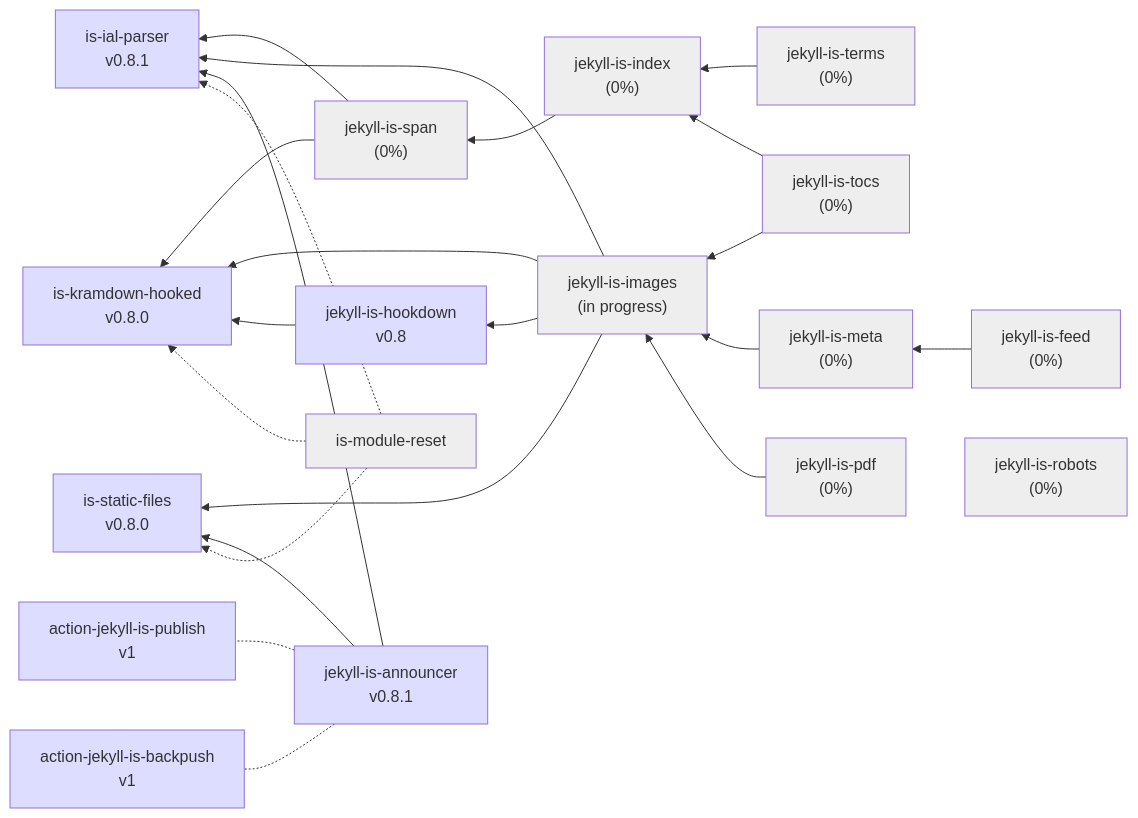
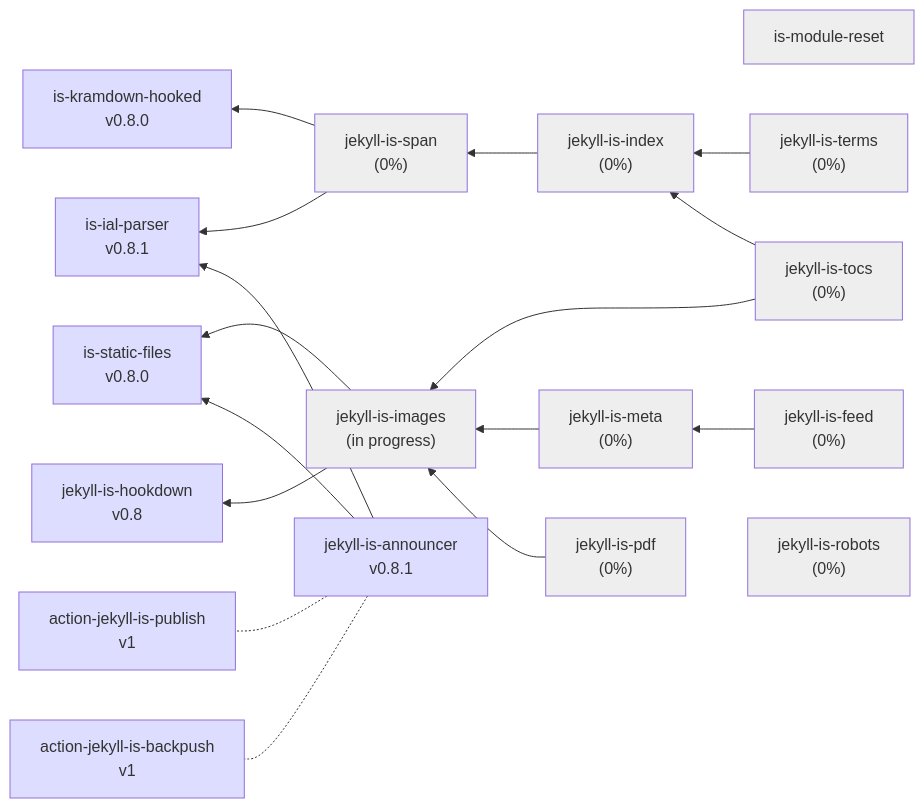
The diagram in profile/README.md (jekyll-is/.github), drawn with Mermaid before and after one commit.

````diff
--- a/profile/README.md
+++ b/profile/README.md
@@ -7,72 +7,67 @@
 ```mermaid
 graph RL
   kramdown["is-kramdown-hooked<br>v0.8.0"]
   hookdown["jekyll-is-hookdown<br>v0.8"]
   ial["is-ial-parser<br>v0.8.1"]
   statics["is-static-files<br>v0.8.0"]
   reset["is-module-reset"]
   span["jekyll-is-span<br>(0%)"] --> kramdown
   span --> ial
-  images["jekyll-is-images<br>(in progress)"] --> ial
-  images --> kramdown
+  images["jekyll-is-images<br>(in progress)"]
   images --> statics
   images --> hookdown
   index["jekyll-is-index<br>(0%)"] --> span
   abbr["jekyll-is-terms<br>(0%)"] --> index
   tocs["jekyll-is-tocs<br>(0%)"] --> images
   tocs --> index
   meta["jekyll-is-meta<br>(0%)"] --> images
   feed["jekyll-is-feed<br>(0%)"] --> meta
   robots["jekyll-is-robots<br>(0%)"]
   announcer["jekyll-is-announcer<br>v0.8.1"] --> statics
   announcer --> ial
   pdf["jekyll-is-pdf<br>(0%)"] --> images
   act-publish["action-jekyll-is-publish<br>v1"]
   act-backpush["action-jekyll-is-backpush<br>v1"]
   announcer -.- act-publish
   announcer -.- act-backpush
-  hookdown --> kramdown
-  reset -.-> kramdown
-  reset -.-> ial
-  reset -.-> statics
 
 click ial "https://github.com/jekyll-is/is-ial-parser"
 click kramdown "https://github.com/jekyll-is/is-kramdown-hooked"
 click hookdown "https://github.com/jekyll-is/jekyll-is-hookdown"
 click reset "https://github.com/jekyll-is/is-module-reset"
 click announcer "https://github.com/jekyll-is/jekyll-is-announcer"
 click act-publish "https://github.com/jekyll-is/action-jekyll-is-publish"
 click act-backpush "https://github.com/jekyll-is/action-jekyll-is-backpush"
 click images "https://github.com/jekyll-is/jekyll-is-images"
 click robots "https://github.com/jekyll-is/jekyll-is-robots"
 click meta "https://github.com/jekyll-is/jekyll-is-meta"
 click pdf "https://github.com/jekyll-is/jekyll-is-pdf"
 click tocs "https://github.com/jekyll-is/jekyll-is-tocs"
 click feed "https://github.com/jekyll-is/jekyll-is-feed"
 click index "https://github.com/jekyll-is/jekyll-is-index"
 click span "https://github.com/jekyll-is/jekyll-is-span"
 click abbr "https://github.com/jekyll-is/jekyll-is-terms"
 click statics "https://github.com/jekyll-is/is-static-files"
 
 classDef green fill:#DFD
 classDef gray fill:#EEE
 classDef blue fill:#DDF
 
 class ial blue
 class kramdown blue
 class hookdown blue
 class statics blue
 class announcer blue
 class act-publish blue
 class act-backpush blue
 class images gray
 class pdf gray
 class span gray
 class index gray
 class feed gray
 class meta gray
 class robots gray
 class tocs gray
 class abbr gray
 class reset gray
 ```
````
